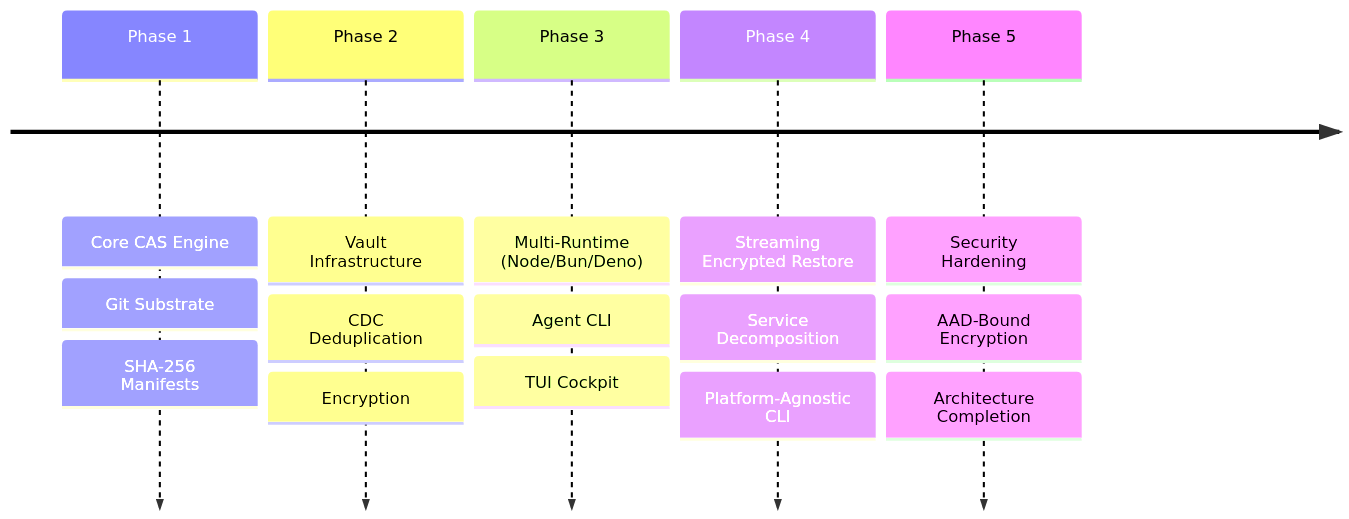
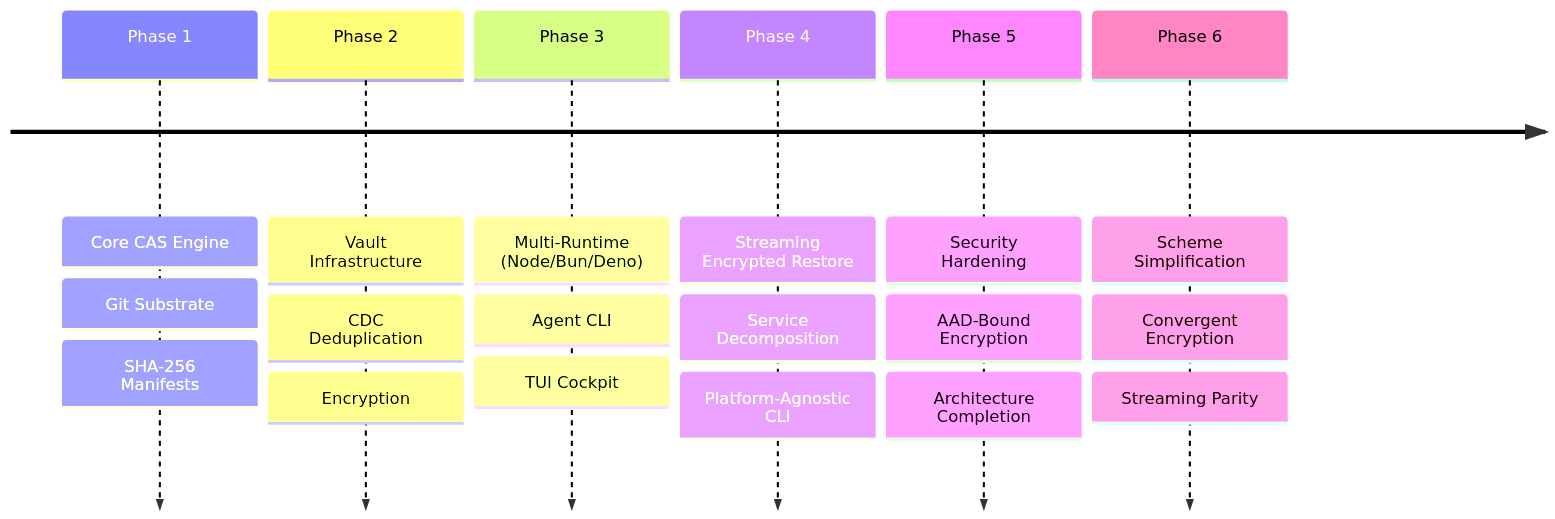
One commit to git-stunts/git-cas changed the diagram in BEARING.md. Above: the diagram before and after it, drawn with Mermaid. The commit also changed other lines of this file, not shown here.

First line of the commit message:
docs: update BEARING.md for scheme simplification and convergent encryption

````diff
--- a/BEARING.md
+++ b/BEARING.md
@@ -5,8 +5,9 @@
 ```mermaid
 timeline
     Phase 1 : Core CAS Engine : Git Substrate : SHA-256 Manifests
     Phase 2 : Vault Infrastructure : CDC Deduplication : Encryption
     Phase 3 : Multi-Runtime (Node/Bun/Deno) : Agent CLI : TUI Cockpit
     Phase 4 : Streaming Encrypted Restore : Service Decomposition : Platform-Agnostic CLI
     Phase 5 : Security Hardening : AAD-Bound Encryption : Architecture Completion
+    Phase 6 : Scheme Simplification : Convergent Encryption : Streaming Parity
 ```
````
